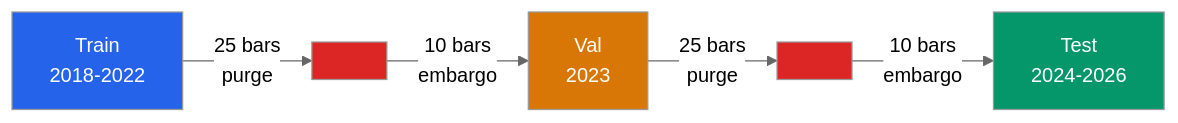
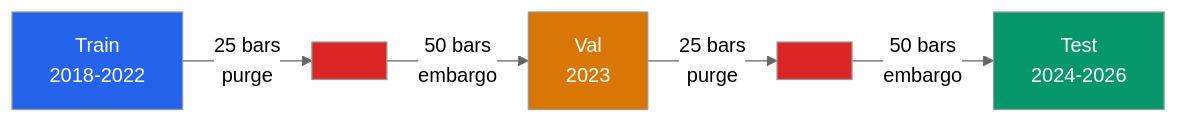
Before and after one commit to ultimateBroK/thesis-hybrid-stacking: the sixth of 7 diagrams in docs/ARCHITECTURE.md, drawn with Mermaid (neutral theme). The commit also changed other lines of this file and 7 other files, not shown here.

````diff
--- a/docs/ARCHITECTURE.md
+++ b/docs/ARCHITECTURE.md
@@ -229,13 +229,13 @@
 ```mermaid
 flowchart LR
     TR["Train<br/>2018-2022"] -->|"25 bars<br/>purge"| P1[" "]
-    P1 -->|"10 bars<br/>embargo"| VA["Val<br/>2023"]
+    P1 -->|"50 bars<br/>embargo"| VA["Val<br/>2023"]
     VA -->|"25 bars<br/>purge"| P2[" "]
-    P2 -->|"10 bars<br/>embargo"| TE["Test<br/>2024-2026"]
+    P2 -->|"50 bars<br/>embargo"| TE["Test<br/>2024-2026"]
 
     style P1 fill:#DC2626,color:#fff
     style P2 fill:#DC2626,color:#fff
     style TR fill:#2563EB,color:#fff
     style VA fill:#D97706,color:#fff
     style TE fill:#059669,color:#fff
 ```
````
